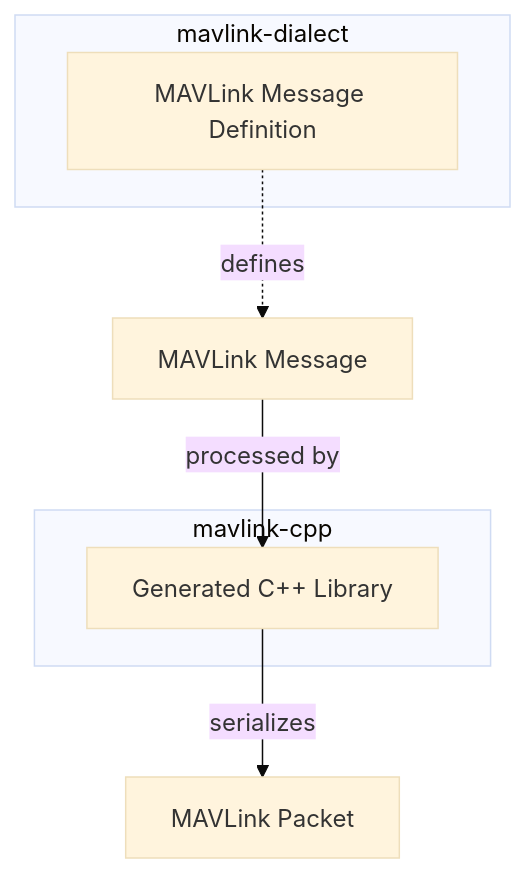
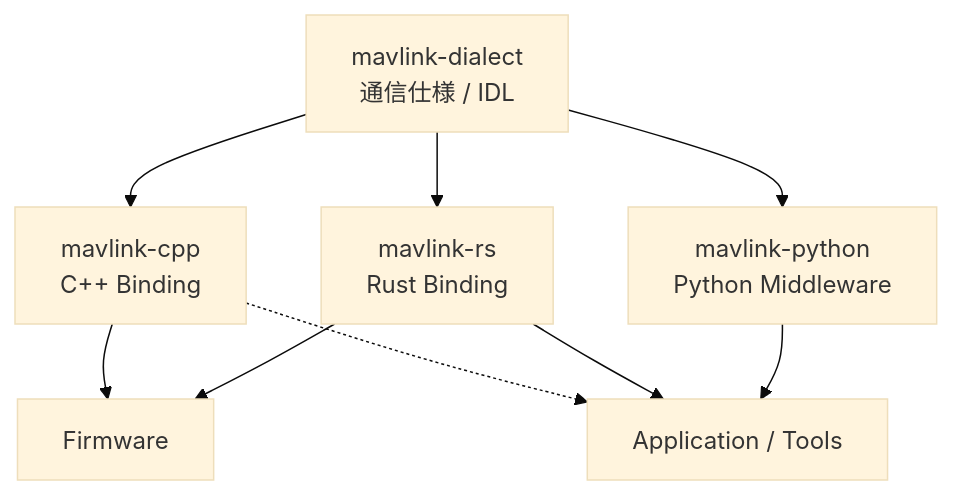
One commit to TeamMeltingPoppo/mavlink-dialect changed the first of 2 diagrams in docs/architecture.md. Above: the diagram before and after it, drawn with Mermaid (base theme). The commit also changed other lines of this file and 8 other files, not shown here.

````diff
--- a/docs/architecture.md
+++ b/docs/architecture.md
@@ -134,17 +7,21 @@
 ```mermaid
-flowchart TB
-    subgraph Dialect["mavlink-dialect"]
-        Definition["MAVLink Message Definition"]
-    end
+flowchart TD
+    Dialect["mavlink-dialect<br/>通信仕様 / IDL"]
 
-    subgraph Cpp["mavlink-cpp"]
-        Library["Generated C++ Library"]
-    end
+    Cpp["mavlink-cpp<br/>C++ Binding"]
+    Rust["mavlink-rs<br/>Rust Binding"]
+    Python["mavlink-python<br/>Python Middleware"]
+    App["Application / Tools"]
 
-    Message["MAVLink Message"]
-    Packet["MAVLink Packet"]
+    Dialect --> Cpp
+    Dialect --> Rust
+    Dialect --> Python
 
-    Definition -.->|defines| Message
-    Message -->|processed by| Library
-    Library -->|serializes| Packet
+    Cpp --> Firmware
+    Cpp -.-> App
+
+    Rust --> Firmware
+    Rust --> App
+
+    Python --> App
 ```
````
